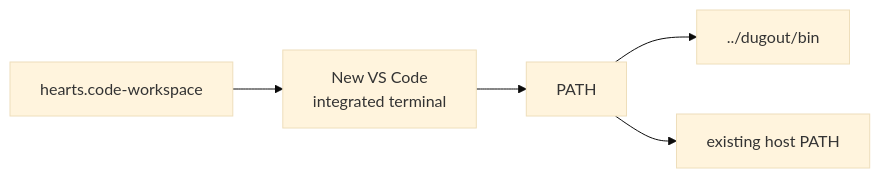
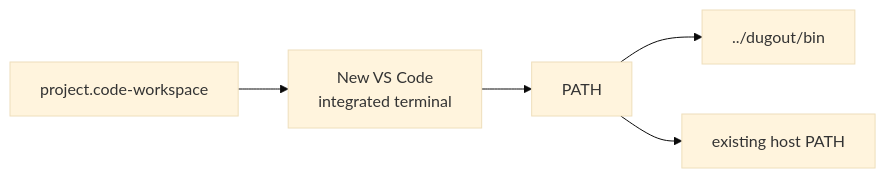
Before and after one commit to moztopia/dugout: the first of 2 diagrams in docs/04-project-and-workspace-integration.md, drawn with Mermaid (base theme). The commit also changed other lines of this file and 20 other files, not shown here.

````diff
--- a/docs/04-project-and-workspace-integration.md
+++ b/docs/04-project-and-workspace-integration.md
@@ -23,12 +23,12 @@
 ```mermaid
 flowchart LR
-    workspace["hearts.code-workspace"]
+    workspace["project.code-workspace"]
     vscode["New VS Code<br/>integrated terminal"]
     path["PATH"]
     dugout["../dugout/bin"]
     host["existing host PATH"]
 
     workspace --> vscode --> path
     path --> dugout
     path --> host
 ```
````
